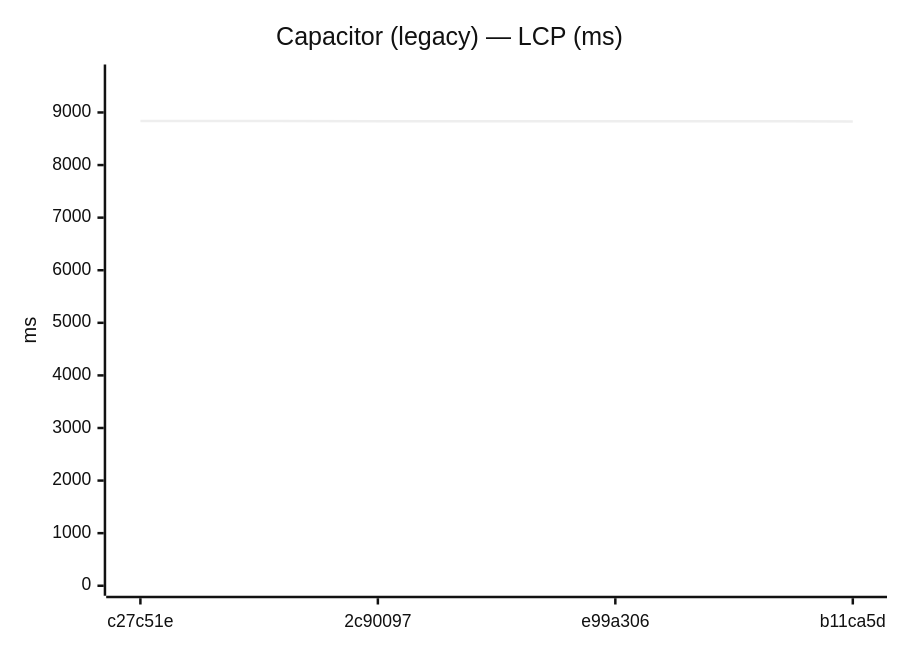
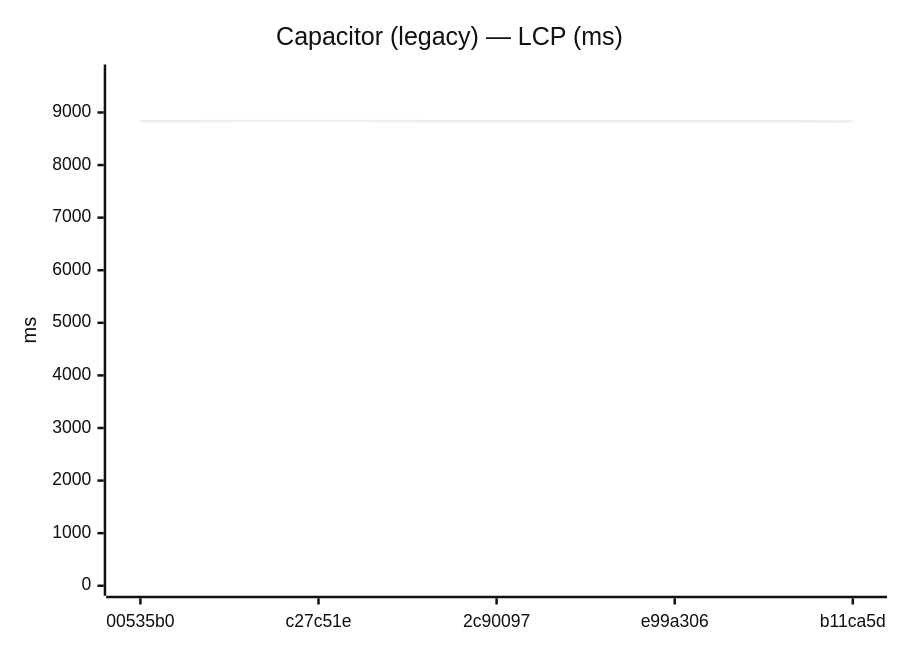
Before and after one commit to Metaheurist/Rianell: diagram 13 of 24 in benchmarks/compare.md, drawn with Mermaid (neutral theme). The commit also changed other lines of this file and 12 other files, not shown here.

````diff
--- a/benchmarks/compare.md
+++ b/benchmarks/compare.md
@@ -167,7 +174,7 @@
 ```mermaid
 xychart-beta
     title "Capacitor (legacy) — LCP (ms)"
-    x-axis ["c27c51e", "2c90097", "e99a306", "b11ca5d"]
+    x-axis ["00535b0", "c27c51e", "2c90097", "e99a306", "b11ca5d"]
     y-axis "ms" 0 --> 9722
-    line [8838, 8835, 8833, 8830]
+    line [8834, 8838, 8835, 8833, 8830]
 ```
````
